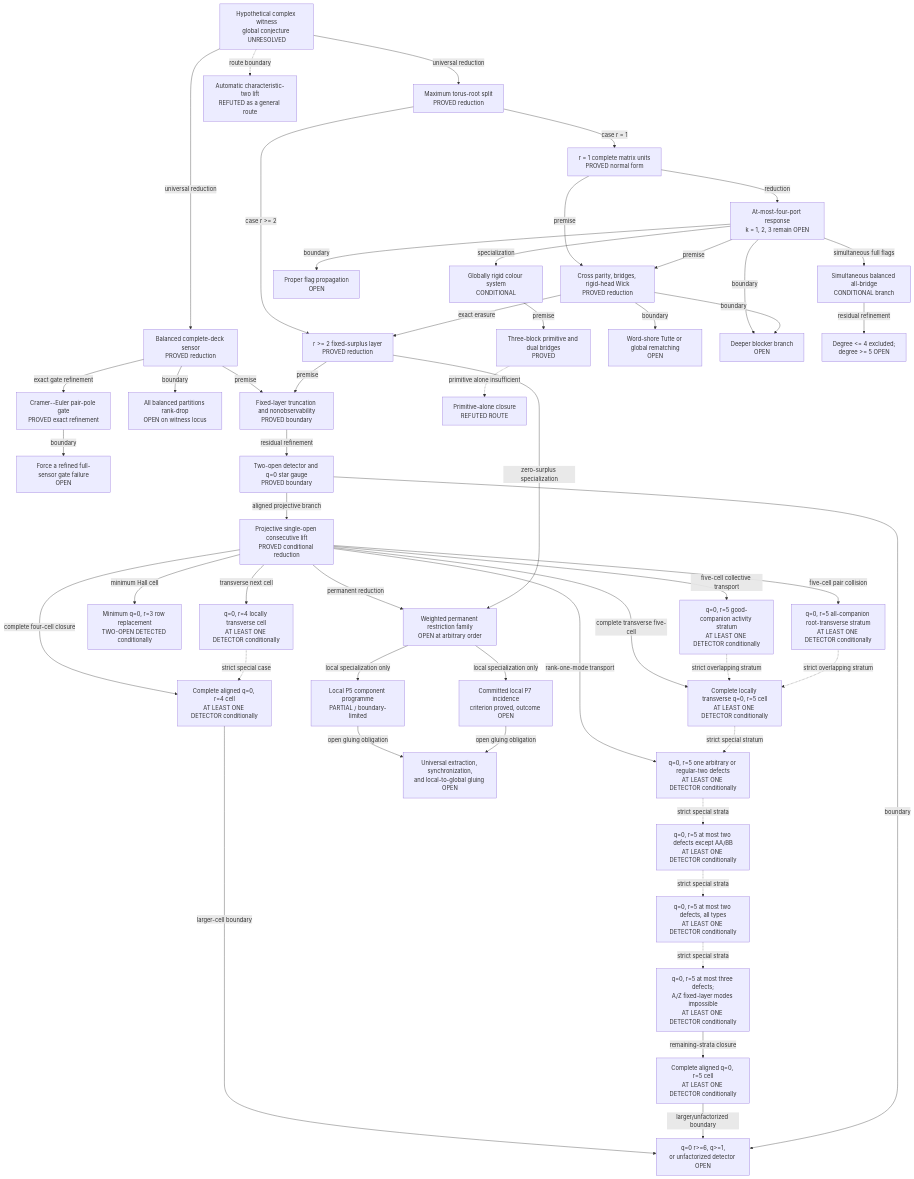
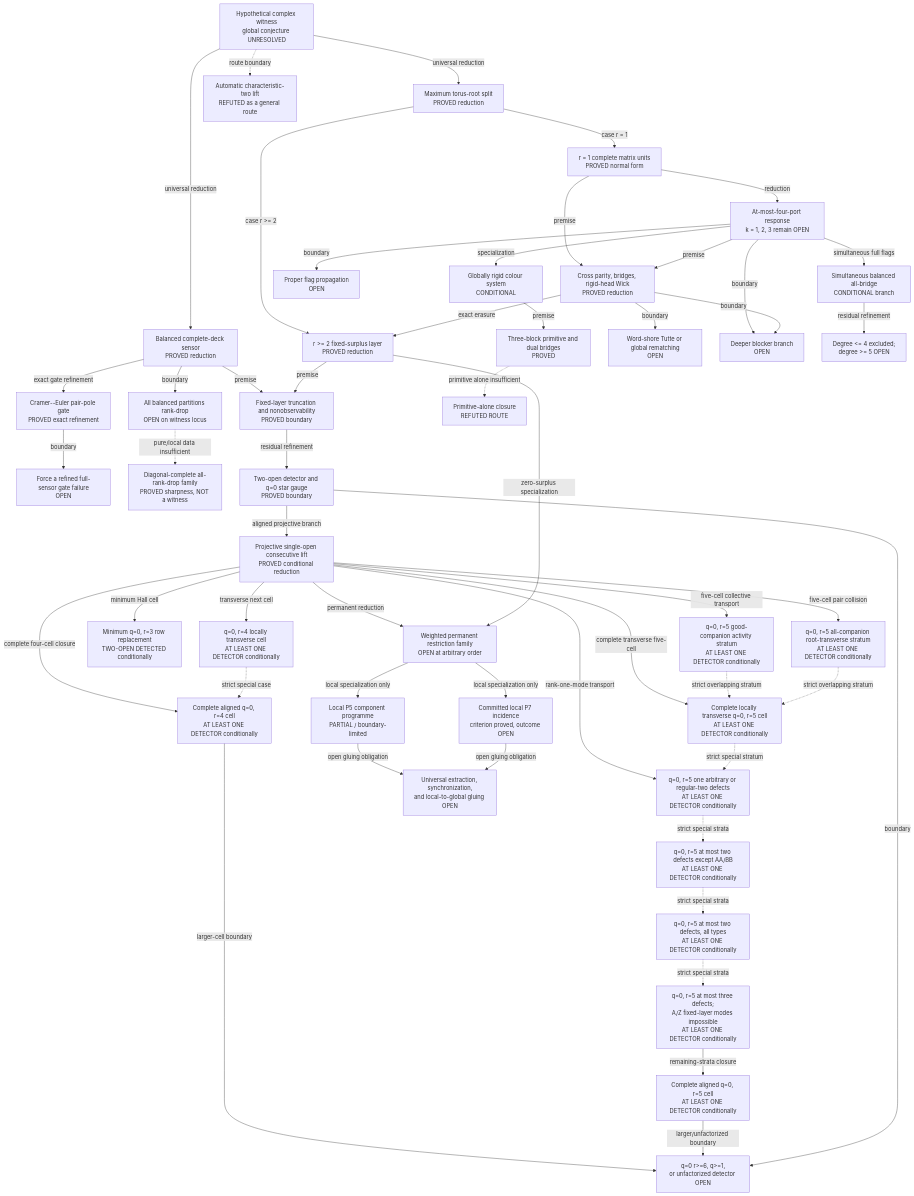
One commit to YesterdaysLemon/krenn-gu-research changed the diagram in docs/current-frontier.md. Above: the diagram before and after it, drawn with Mermaid. The commit also changed other lines of this file and 7 other files, not shown here.

Commit message:
Expose all-balanced rank-drop sharpness (#97)

```diff
--- a/docs/current-frontier.md
+++ b/docs/current-frontier.md
@@ -48,6 +48,7 @@
   S2E["Cramer--Euler pair-pole gate<br/>PROVED exact refinement"]
   S2["Force a refined full-sensor gate failure<br/>OPEN"]
   S3["All balanced partitions rank-drop<br/>OPEN on witness locus"]
+  S3D["Diagonal-complete all-rank-drop family<br/>PROVED sharpness, NOT a witness"]
 
   M1["Maximum torus-root split<br/>PROVED reduction"]
   M2["r >= 2 fixed-surplus layer<br/>PROVED reduction"]
@@ -90,6 +91,7 @@
   S1 -->|exact gate refinement| S2E
   S2E -->|boundary| S2
   S1 -->|boundary| S3
+  S3 -. pure/local data insufficient .-> S3D
 
   G0 -->|universal reduction| M1
   M1 -->|case r >= 2| M2
```
